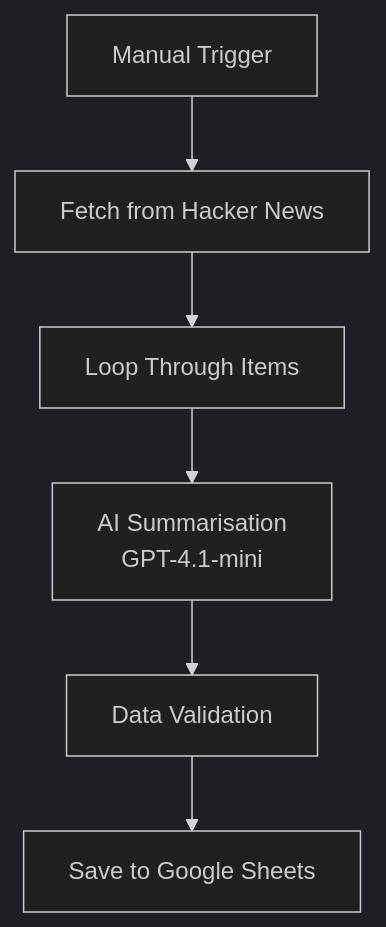
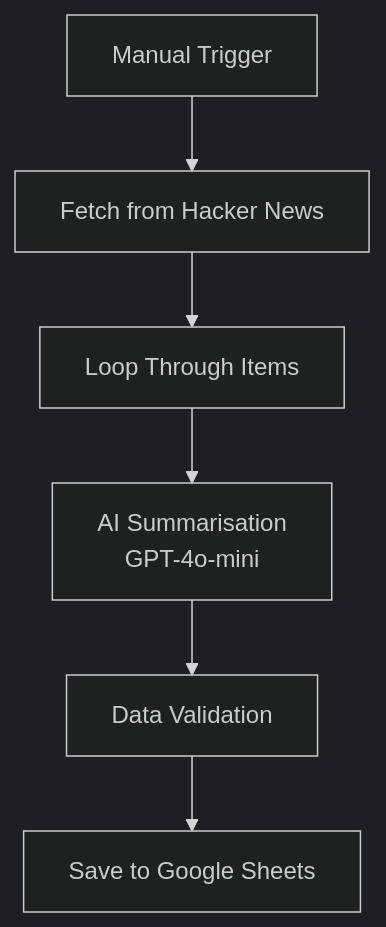
Before and after one commit to saicbm98/n8n-workflows-News-bot: the diagram in README.md, drawn with Mermaid (dark theme). The commit also changed other lines of this file, not shown here.

````diff
--- a/README.md
+++ b/README.md
@@ -40,14 +41,14 @@
 ```mermaid
 flowchart TD
     A[Manual Trigger]
     B[Fetch from Hacker News]
     C[Loop Through Items]
-    D[AI Summarisation<br/>GPT-4.1-mini]
+    D[AI Summarisation<br/>GPT-4o-mini]
     E[Data Validation]
     F[Save to Google Sheets]
     A --> B
     B --> C
     C --> D
     D --> E
     E --> F
 ```
````
